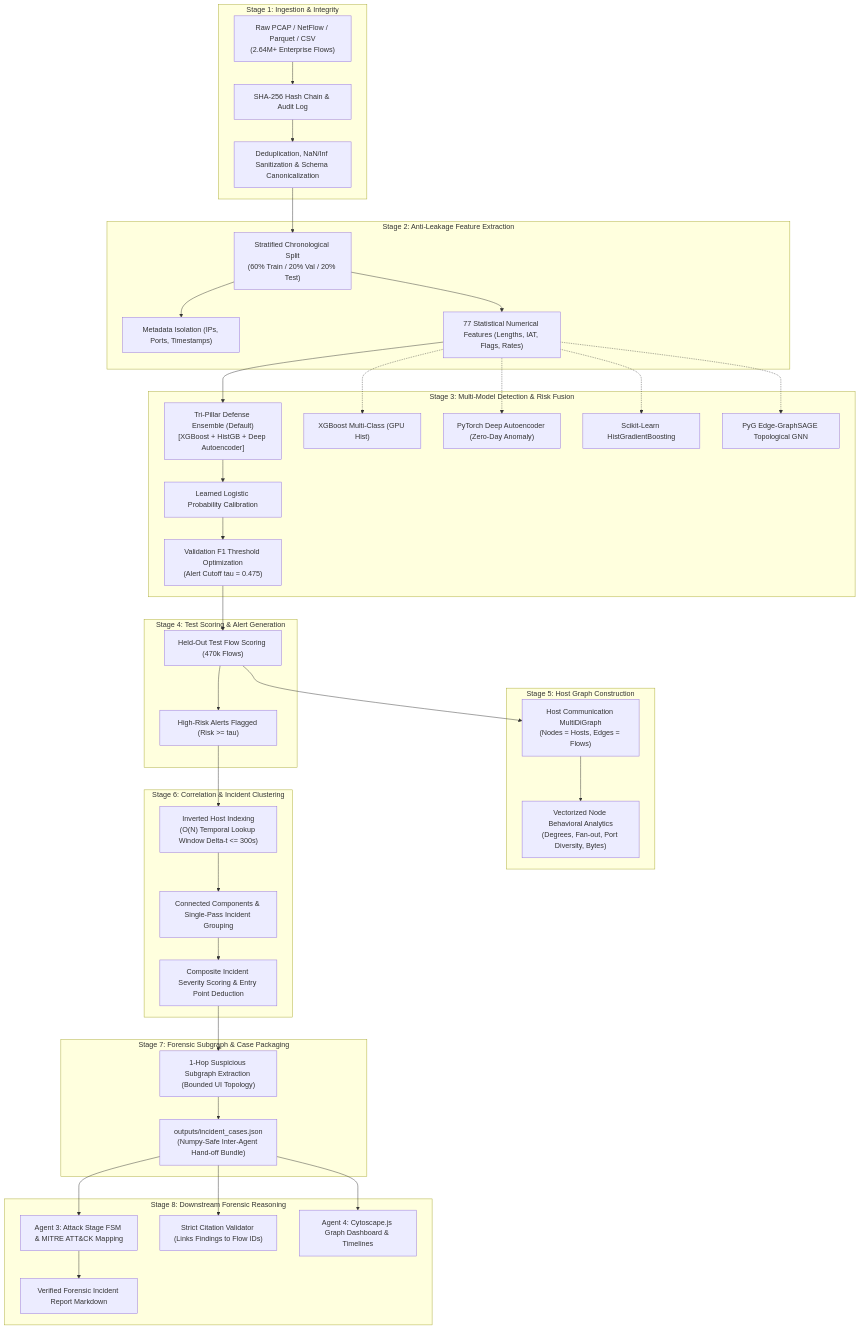
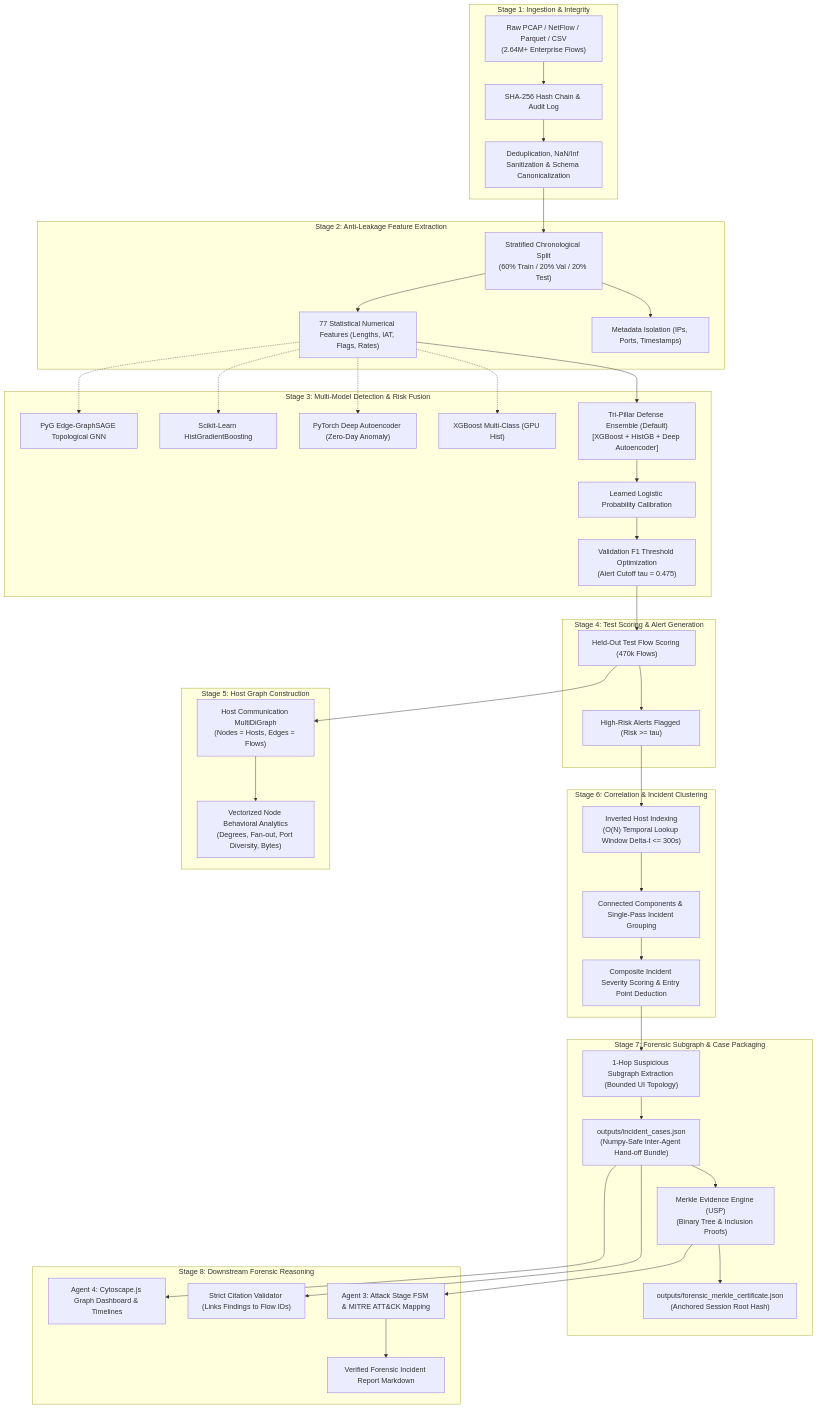
Before and after one commit to Sahityasahani1/Evigraph: the first of 2 diagrams in FLOW.md, drawn with Mermaid. The commit also changed other lines of this file and 22 other files, not shown here.

````diff
--- a/FLOW.md
+++ b/FLOW.md
@@ -12,51 +12,53 @@
 ```mermaid
 flowchart TD
     subgraph S1 ["Stage 1: Ingestion & Integrity"]
         RAW["Raw PCAP / NetFlow / Parquet / CSV<br/>(2.64M+ Enterprise Flows)"] --> HASH["SHA-256 Hash Chain & Audit Log"]
         HASH --> CLEAN["Deduplication, NaN/Inf Sanitization & Schema Canonicalization"]
     end
 
     subgraph S2 ["Stage 2: Anti-Leakage Feature Extraction"]
         CLEAN --> SPLIT["Stratified Chronological Split<br/>(60% Train / 20% Val / 20% Test)"]
         SPLIT --> META["Metadata Isolation (IPs, Ports, Timestamps)"]
         SPLIT --> FEATS["77 Statistical Numerical Features (Lengths, IAT, Flags, Rates)"]
     end
 
     subgraph S3 ["Stage 3: Multi-Model Detection & Risk Fusion"]
         FEATS --> MOD_ENS["Tri-Pillar Defense Ensemble (Default)<br/>[XGBoost + HistGB + Deep Autoencoder]"]
         FEATS -.-> MOD_XGB["XGBoost Multi-Class (GPU Hist)"]
         FEATS -.-> MOD_AE["PyTorch Deep Autoencoder (Zero-Day Anomaly)"]
         FEATS -.-> MOD_HGB["Scikit-Learn HistGradientBoosting"]
         FEATS -.-> MOD_GNN["PyG Edge-GraphSAGE Topological GNN"]
         MOD_ENS --> CALIB["Learned Logistic Probability Calibration"]
         CALIB --> THRESH["Validation F1 Threshold Optimization<br/>(Alert Cutoff tau = 0.475)"]
     end
 
     subgraph S4 ["Stage 4: Test Scoring & Alert Generation"]
         THRESH --> SCORE["Held-Out Test Flow Scoring (470k Flows)"]
         SCORE --> ALERTS["High-Risk Alerts Flagged (Risk >= tau)"]
     end
 
     subgraph S5 ["Stage 5: Host Graph Construction"]
         SCORE --> H_GRAPH["Host Communication MultiDiGraph<br/>(Nodes = Hosts, Edges = Flows)"]
         H_GRAPH --> NODE_STATS["Vectorized Node Behavioral Analytics<br/>(Degrees, Fan-out, Port Diversity, Bytes)"]
     end
 
     subgraph S6 ["Stage 6: Correlation & Incident Clustering"]
         ALERTS --> INV_IDX["Inverted Host Indexing<br/>(O(N) Temporal Lookup Window Delta-t <= 300s)"]
         INV_IDX --> COMP["Connected Components & Single-Pass Incident Grouping"]
         COMP --> SEV["Composite Incident Severity Scoring & Entry Point Deduction"]
     end
 
     subgraph S7 ["Stage 7: Forensic Subgraph & Case Packaging"]
         SEV --> SUB["1-Hop Suspicious Subgraph Extraction (Bounded UI Topology)"]
         SUB --> JSON["outputs/incident_cases.json<br/>(Numpy-Safe Inter-Agent Hand-off Bundle)"]
+        JSON --> MERKLE["Merkle Evidence Engine (USP)<br/>(Binary Tree & Inclusion Proofs)"]
+        MERKLE --> CERT["outputs/forensic_merkle_certificate.json<br/>(Anchored Session Root Hash)"]
     end
 
     subgraph S8 ["Stage 8: Downstream Forensic Reasoning"]
-        JSON --> FSM["Agent 3: Attack Stage FSM & MITRE ATT&CK Mapping"]
+        MERKLE --> FSM["Agent 3: Attack Stage FSM & MITRE ATT&CK Mapping"]
         JSON --> CIT["Strict Citation Validator (Links Findings to Flow IDs)"]
         FSM --> REP["Verified Forensic Incident Report Markdown"]
         JSON --> UI["Agent 4: Cytoscape.js Graph Dashboard & Timelines"]
     end
 ```
````
